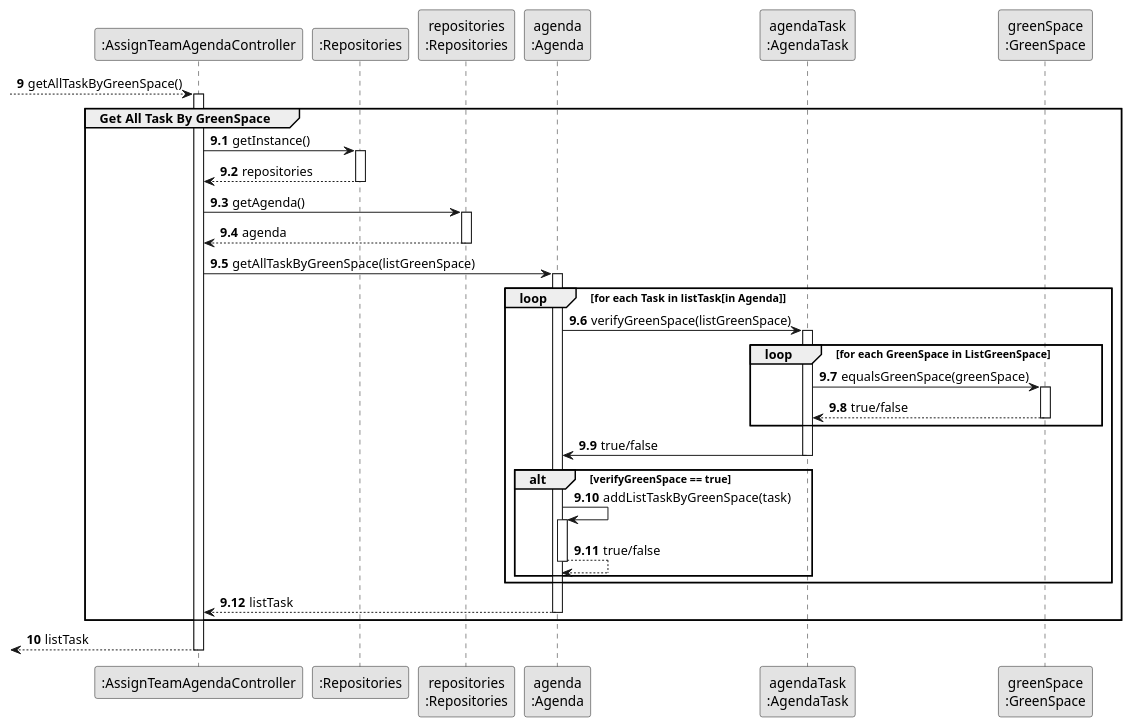
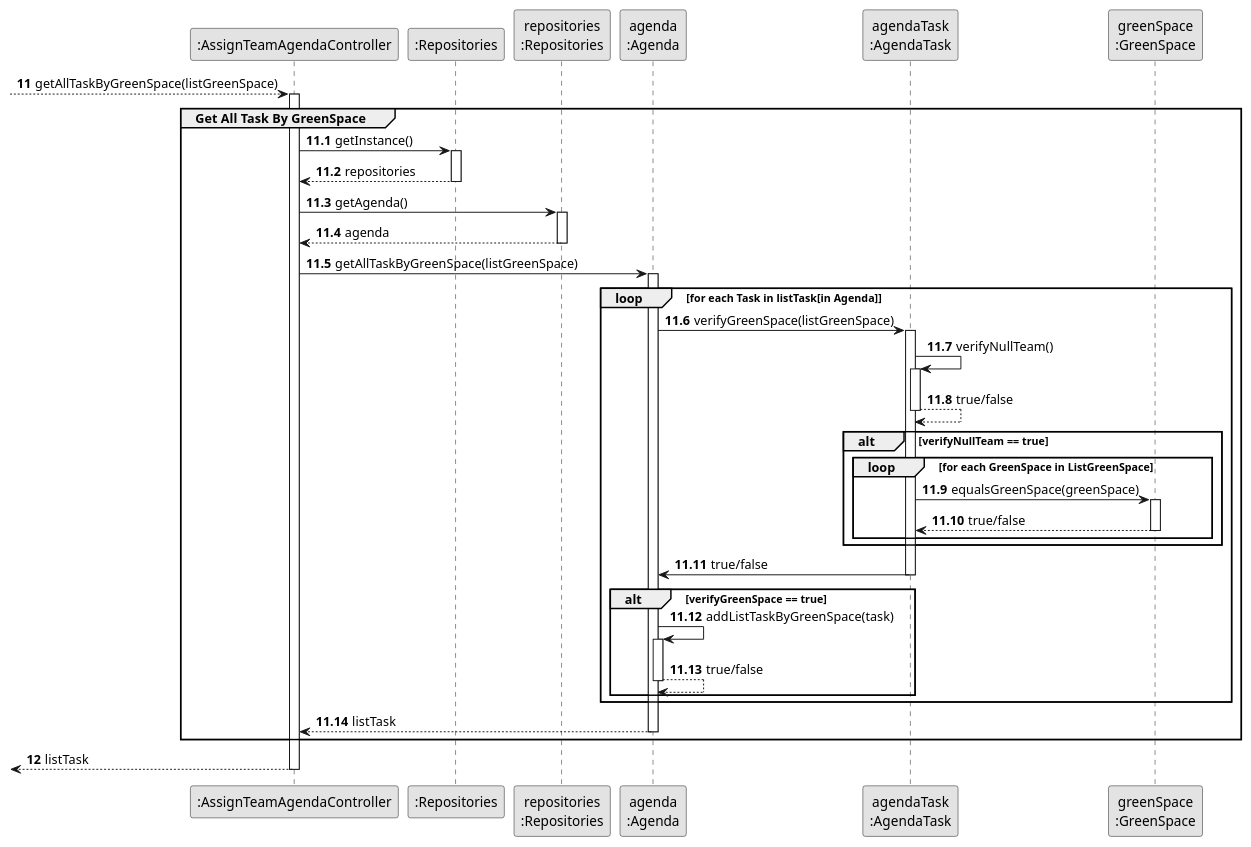
One commit to Departamento-de-Engenharia-Informatica/lei-24-s2-1db-g022 changed the diagram in docs/sprint3/us23/03.design/puml/us23-partial-sequence-diagram-get-all-GreenSpace-By-GSM.puml. Above: the diagram before and after it, drawn with PlantUML. The commit also changed 22 other files, not shown here.

```diff
--- a/docs/sprint3/us23/03.design/puml/us23-partial-sequence-diagram-get-all-GreenSpace-By-GSM.puml
+++ b/docs/sprint3/us23/03.design/puml/us23-partial-sequence-diagram-get-all-GreenSpace-By-GSM.puml
@@ -1,91 +1,101 @@
 @startuml
 'https://plantuml.com/sequence-diagram
 skinparam monochrome true
 skinparam packageStyle rectangle
 skinparam shadowing false
 
 participant ":AssignTeamAgendaController" as CTRL
 participant ":Repositories" as RepositorySingleton
 participant "repositories\n:Repositories" as PLAT
 participant "agenda\n:Agenda" as AGENDA
 participant "agendaTask\n:AgendaTask" as TASK
 participant "greenSpace\n:GreenSpace" as GREENSPACE
 
-autonumber 9
+autonumber 11
 
---> CTRL : getAllTaskByGreenSpace()
+--> CTRL : getAllTaskByGreenSpace(listGreenSpace)
 
-autonumber 9.1
+autonumber 11.1
 
 activate CTRL
 
 group Get All Task By GreenSpace
 
 CTRL -> RepositorySingleton : getInstance()
 
 activate RepositorySingleton
 
 RepositorySingleton --> CTRL : repositories
 
 deactivate RepositorySingleton
 
 CTRL -> PLAT : getAgenda()
 
 activate PLAT
 
 PLAT --> CTRL: agenda
 
 deactivate PLAT
 
 CTRL -> AGENDA : getAllTaskByGreenSpace(listGreenSpace)
 
 activate AGENDA
 
 loop for each Task in listTask[in Agenda]
 
 AGENDA -> TASK : verifyGreenSpace(listGreenSpace)
 
 activate TASK
 
+TASK -> TASK : verifyNullTeam()
+
+activate TASK
+
+TASK --> TASK : true/false
+
+deactivate TASK
+
+alt verifyNullTeam == true
+
 loop for each GreenSpace in ListGreenSpace
 
 TASK -> GREENSPACE : equalsGreenSpace(greenSpace)
 
 activate GREENSPACE
 
 GREENSPACE --> TASK : true/false
 
 deactivate GREENSPACE
 
 end
-
+end
 TASK -> AGENDA : true/false
 
 deactivate TASK
 
 alt verifyGreenSpace == true
 
 AGENDA -> AGENDA : addListTaskByGreenSpace(task)
 
 activate AGENDA
 
 AGENDA --> AGENDA : true/false
 
 deactivate AGENDA
 
 end
 
 end
 
 AGENDA --> CTRL : listTask
 
 deactivate AGENDA
 
 end
 
-autonumber 10
+autonumber 12
 
 <--CTRL : listTask
 
 deactivate CTRL
 @enduml
```
